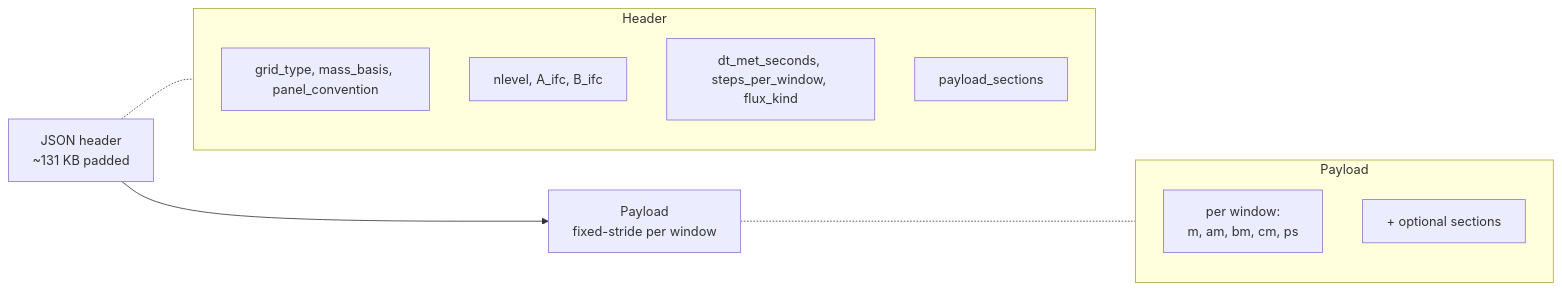
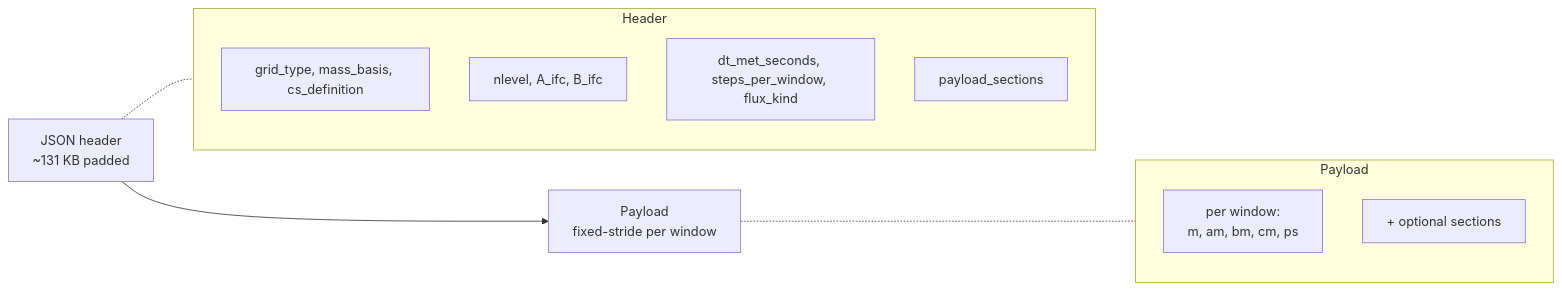
One commit to RemoteSensingTools/AtmosTransport changed the diagram in docs/src/concepts/binary_format.md. Above: the diagram before and after it, drawn with Mermaid. The commit also changed other lines of this file and 48 other files, not shown here.

````diff
--- a/docs/src/concepts/binary_format.md
+++ b/docs/src/concepts/binary_format.md
@@ -17,18 +17,18 @@
 ```mermaid
 flowchart LR
     JSON[JSON header<br/>~131 KB padded]
     PAY[Payload<br/>fixed-stride per window]
     JSON --> PAY
     subgraph Header
-        H1[grid_type, mass_basis, panel_convention]
+        H1[grid_type, mass_basis, cs_definition]
         H2[nlevel, A_ifc, B_ifc]
         H3[dt_met_seconds, steps_per_window, flux_kind]
         H4[payload_sections]
     end
     subgraph Payload
         P1[per window:<br/>m, am, bm, cm, ps]
         P2[+ optional sections]
     end
     JSON -.- Header
     PAY -.- Payload
 ```
````
